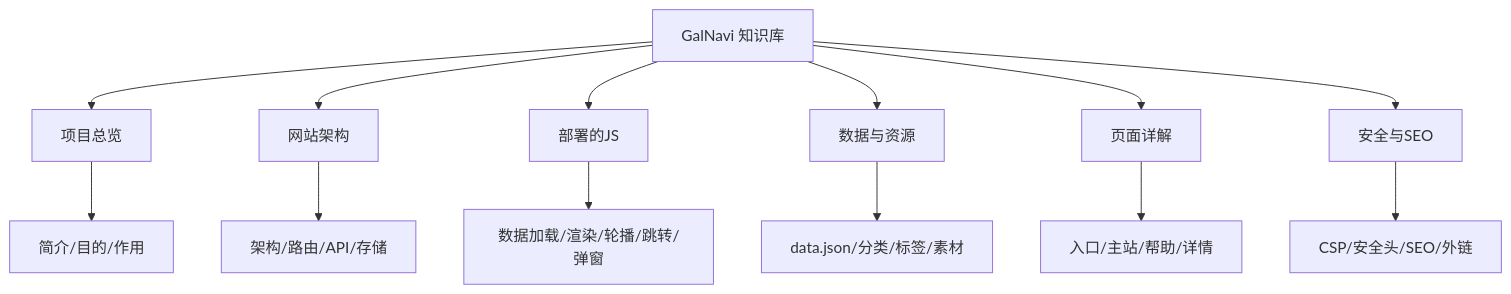
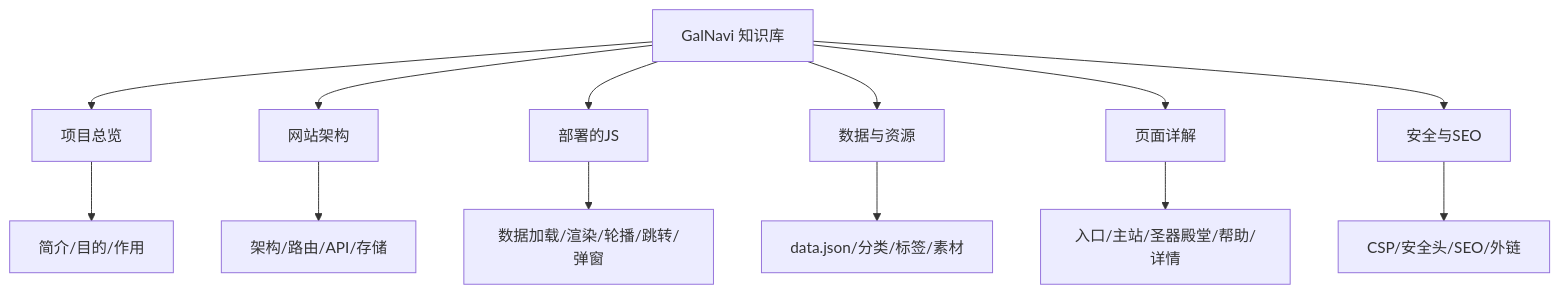
One commit to argb6/galnavi-obsidian changed the diagram in 00知识库地图(MOC).md. Above: the diagram before and after it, drawn with Mermaid. The commit also changed other lines of this file and 34 other files, not shown here.

````diff
--- a/00知识库地图(MOC).md
+++ b/00知识库地图(MOC).md
@@ -86,15 +83,15 @@
 ```mermaid
 graph TD
     A[GalNavi 知识库] --> B[项目总览]
     A --> C[网站架构]
     A --> D[部署的JS]
     A --> E[数据与资源]
     A --> F[页面详解]
     A --> G[安全与SEO]
     B --> B1[简介/目的/作用]
     C --> C1[架构/路由/API/存储]
     D --> D1[数据加载/渲染/轮播/跳转/弹窗]
     E --> E1[data.json/分类/标签/素材]
-    F --> F1[入口/主站/帮助/详情]
+    F --> F1[入口/主站/圣器殿堂/帮助/详情]
     G --> G1[CSP/安全头/SEO/外链]
 ```
````
